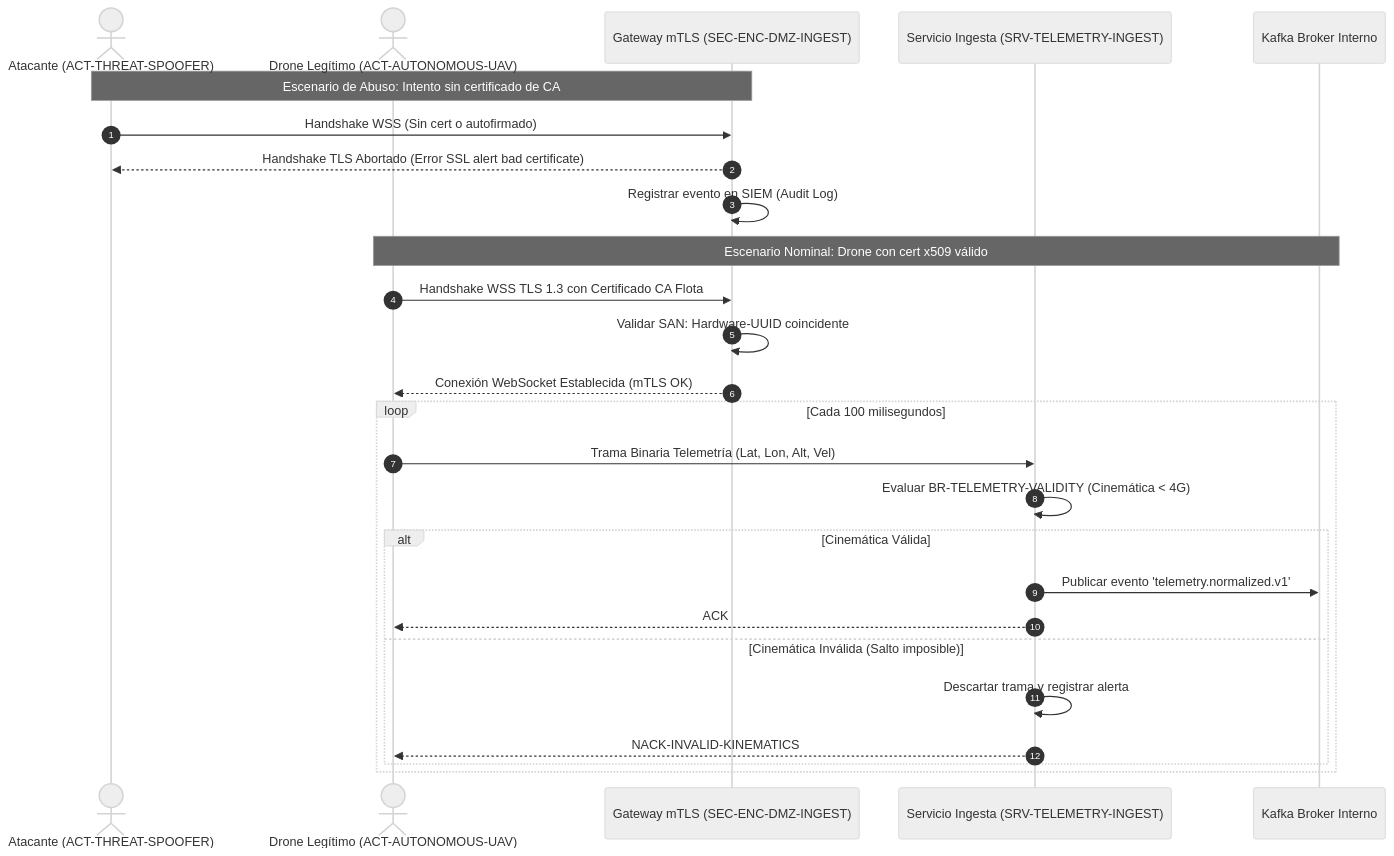
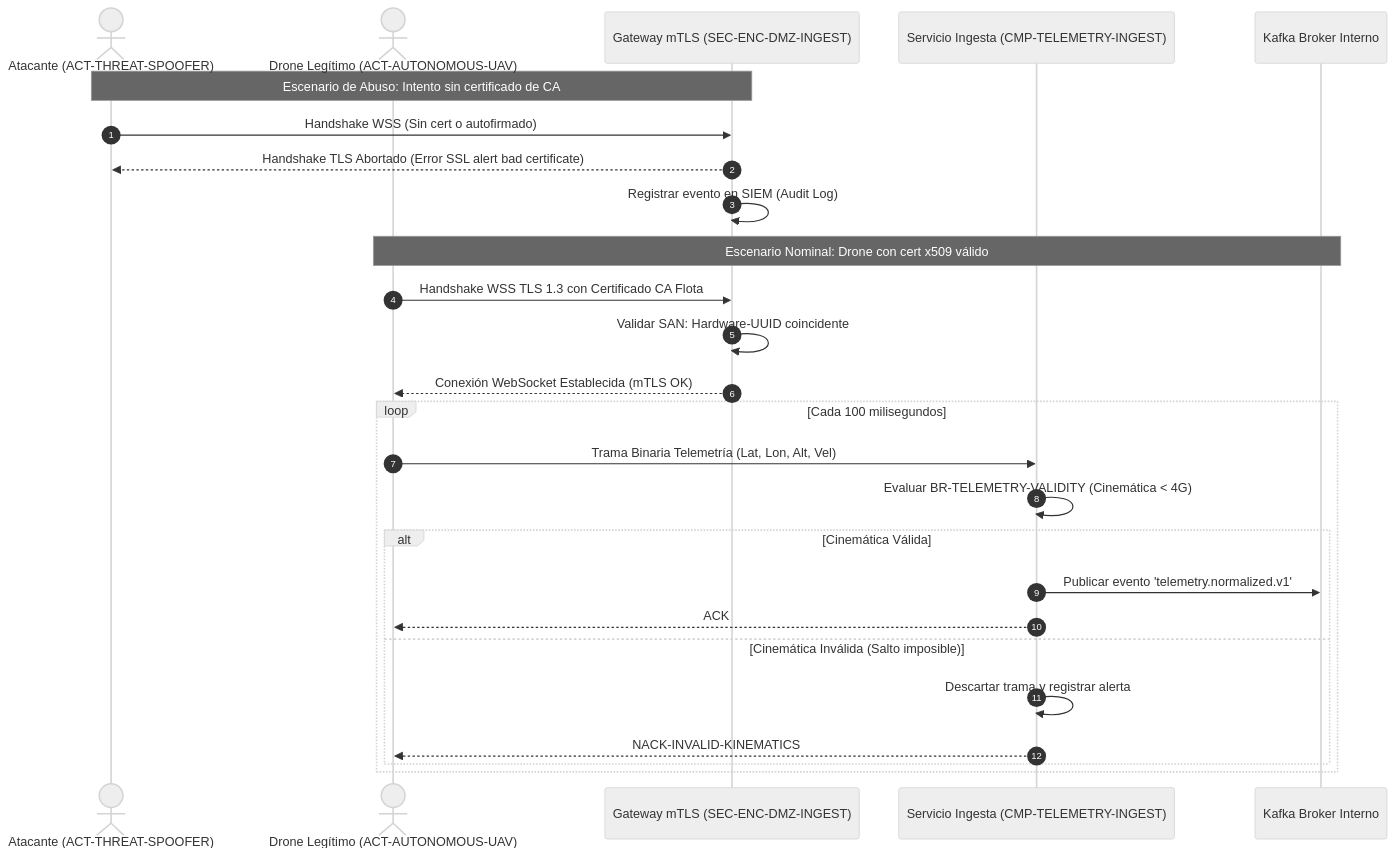
The diagram in examples/architecture/06_runtime_view.md (altromon/AI-SDLC), drawn with Mermaid (neutral theme) before and after one commit. The commit also changed 34 other files, not shown here.

Commit message:
feat(architecture): unify under multi-level component schema (CMP-*) and eliminate legacy service model

````diff
--- a/examples/architecture/06_runtime_view.md
+++ b/examples/architecture/06_runtime_view.md
@@ -7,31 +7,31 @@
 ```mermaid
 sequenceDiagram
     autonumber
     actor Attacker as Atacante (ACT-THREAT-SPOOFER)
     actor Drone as Drone Legítimo (ACT-AUTONOMOUS-UAV)
     participant DMZ as Gateway mTLS (SEC-ENC-DMZ-INGEST)
-    participant Ingest as Servicio Ingesta (SRV-TELEMETRY-INGEST)
+    participant Ingest as Servicio Ingesta (CMP-TELEMETRY-INGEST)
     participant Bus as Kafka Broker Interno
 
     Note over Attacker,DMZ: Escenario de Abuso: Intento sin certificado de CA
     Attacker->>DMZ: Handshake WSS (Sin cert o autofirmado)
     DMZ-->>Attacker: Handshake TLS Abortado (Error SSL alert bad certificate)
     DMZ->>DMZ: Registrar evento en SIEM (Audit Log)
 
     Note over Drone,Bus: Escenario Nominal: Drone con cert x509 válido
     Drone->>DMZ: Handshake WSS TLS 1.3 con Certificado CA Flota
     DMZ->>DMZ: Validar SAN: Hardware-UUID coincidente
     DMZ-->>Drone: Conexión WebSocket Establecida (mTLS OK)
 
     loop Cada 100 milisegundos
         Drone->>Ingest: Trama Binaria Telemetría (Lat, Lon, Alt, Vel)
         Ingest->>Ingest: Evaluar BR-TELEMETRY-VALIDITY (Cinemática < 4G)
         alt Cinemática Válida
             Ingest->>Bus: Publicar evento 'telemetry.normalized.v1'
             Ingest-->>Drone: ACK
         else Cinemática Inválida (Salto imposible)
             Ingest->>Ingest: Descartar trama y registrar alerta
             Ingest-->>Drone: NACK-INVALID-KINEMATICS
         end
     end
 ```
````
